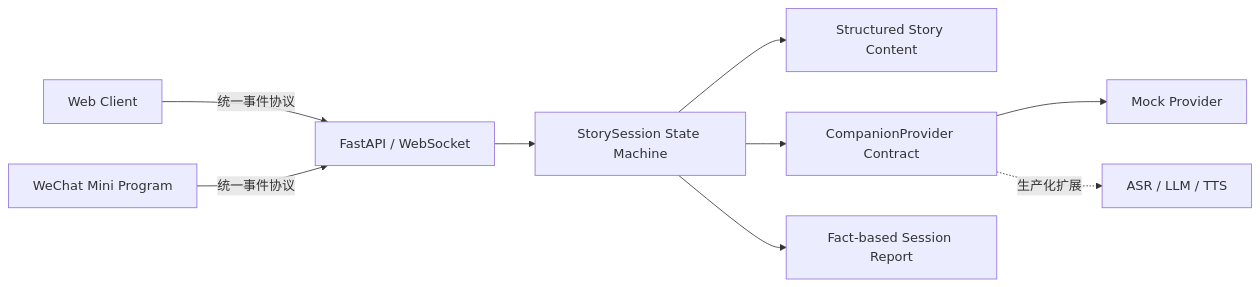
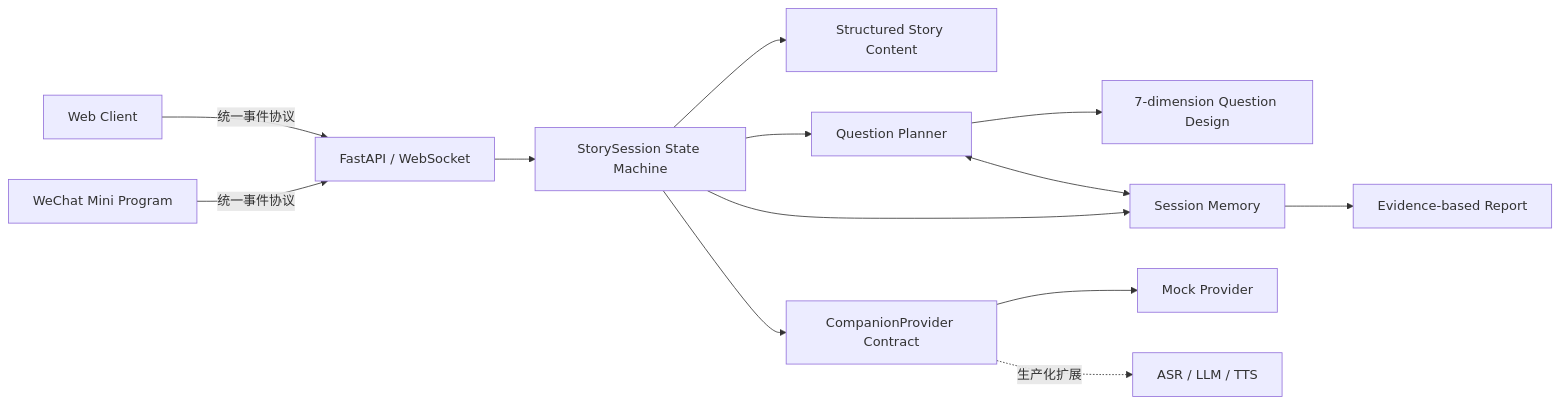
The diagram in README.md (et79lee-cell/storypal-ai-reading-companion), drawn with Mermaid before and after one commit. The commit also changed other lines of this file and 31 other files, not shown here.

Commit message:
feat: add educational question planning and memory

````diff
--- a/README.md
+++ b/README.md
@@ -80,11 +100,15 @@
 ```mermaid
 flowchart LR
   W[Web Client] -->|统一事件协议| G[FastAPI / WebSocket]
   M[WeChat Mini Program] -->|统一事件协议| G
   G --> E[StorySession State Machine]
   E --> C[Structured Story Content]
+  E --> Q[Question Planner]
+  Q --> D[7-dimension Question Design]
+  Q <--> R[Session Memory]
   E --> P[CompanionProvider Contract]
   P --> K[Mock Provider]
   P -. 生产化扩展 .-> A[ASR / LLM / TTS]
-  E --> R[Fact-based Session Report]
+  E --> R
+  R --> F[Evidence-based Report]
 ```
````
